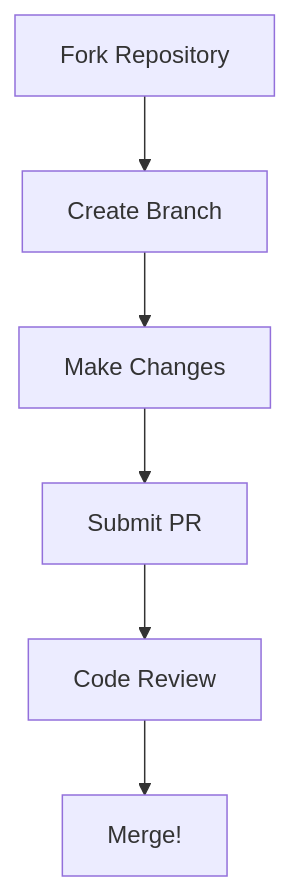
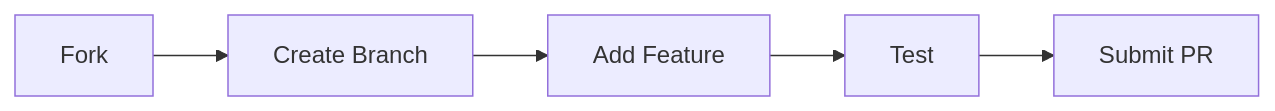
One commit to ailynux/Pi400Pro changed the third of 3 diagrams in README.md. Above: the diagram before and after it, drawn with Mermaid. The commit also changed other lines of this file, not shown here.

````diff
--- a/README.md
+++ b/README.md
@@ -118,8 +216,7 @@
 ```mermaid
-graph TD
-    A[Fork Repository] --> B[Create Branch]
-    B --> C[Make Changes]
-    C --> D[Submit PR]
-    D --> E[Code Review]
-    E --> F[Merge!]
+graph LR
+    A[Fork] --> B[Create Branch]
+    B --> C[Add Feature]
+    C --> D[Test]
+    D --> E[Submit PR]
 ```
````
